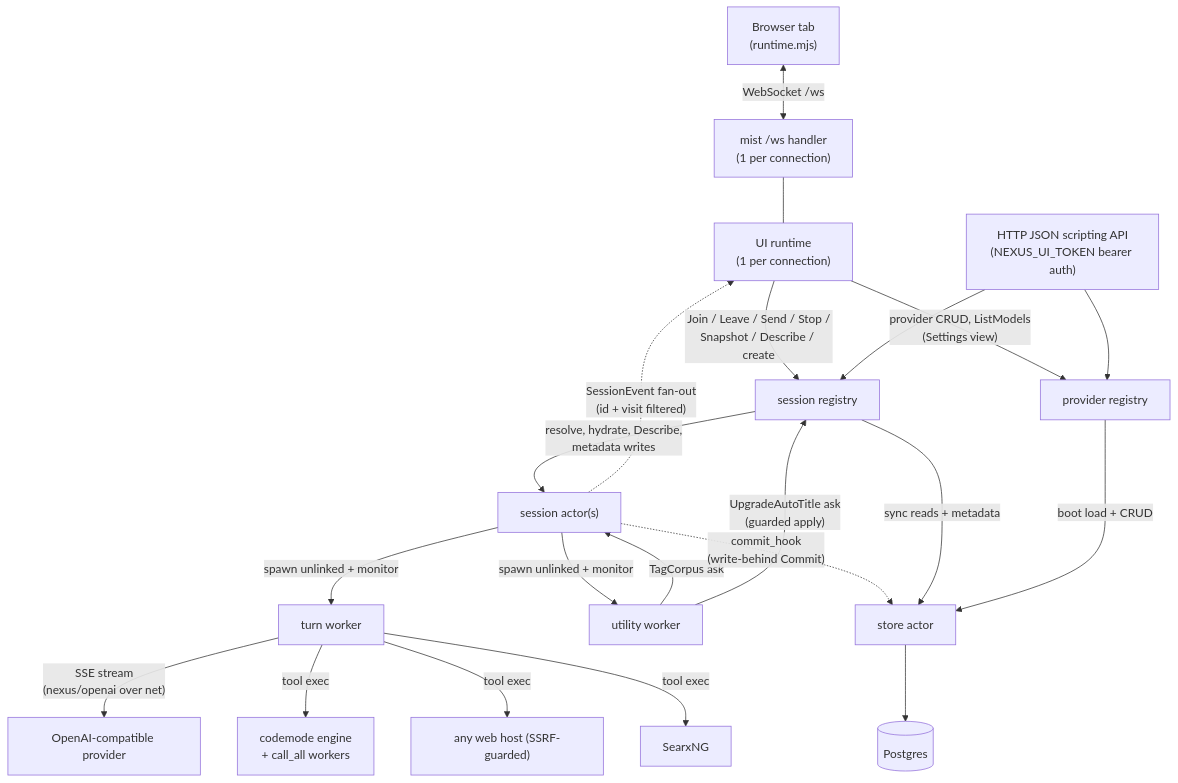
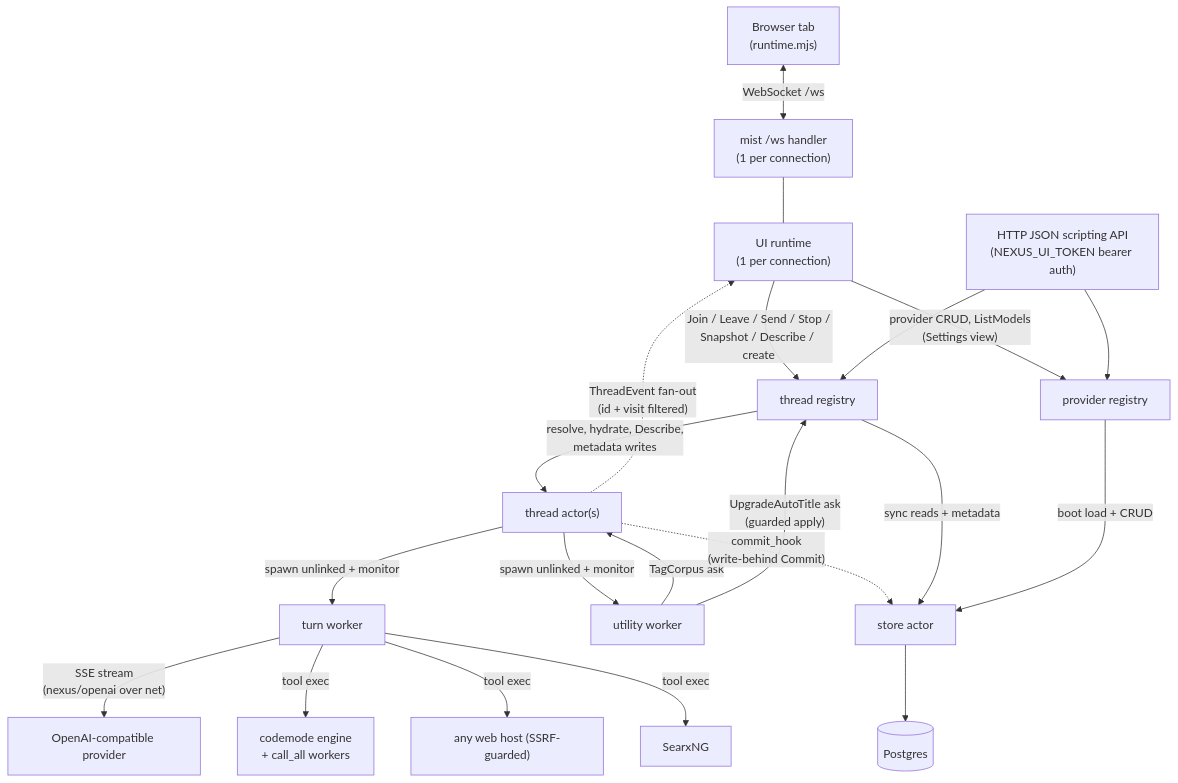
Before and after one commit to jhillyerd/nexus: the third of 4 diagrams in ARCHITECTURE.md, drawn with Mermaid. The commit also changed other lines of this file and 71 other files, not shown here.

First line of the commit message:
refactor: rename session → thread everywhere (#70)

````diff
--- a/ARCHITECTURE.md
+++ b/ARCHITECTURE.md
@@ -141,39 +142,39 @@
 ```mermaid
 flowchart TB
     js["Browser tab<br/>(runtime.mjs)"]
     ws["mist /ws handler<br/>(1 per connection)"]
     rt["UI runtime<br/>(1 per connection)"]
-    reg["session registry"]
+    reg["thread registry"]
     prov["provider registry"]
     api["HTTP JSON scripting API<br/>(NEXUS_UI_TOKEN bearer auth)"]
-    sa["session actor(s)"]
+    sa["thread actor(s)"]
     tw["turn worker"]
     uw["utility worker"]
     eng["codemode engine<br/>+ call_all workers"]
     store["store actor"]
     pg[("Postgres")]
     llm["OpenAI-compatible provider"]
     searx["SearxNG"]
     web["any web host (SSRF-guarded)"]
 
     js <-- "WebSocket /ws" --> ws
     ws --- rt
     rt -->|"Join / Leave / Send / Stop /<br/>Snapshot / Describe / create"| reg
     rt -->|"provider CRUD, ListModels<br/>(Settings view)"| prov
     reg -->|"resolve, hydrate, Describe,<br/>metadata writes"| sa
-    sa -.->|"SessionEvent fan-out<br/>(id + visit filtered)"| rt
+    sa -.->|"ThreadEvent fan-out<br/>(id + visit filtered)"| rt
     sa -->|"spawn unlinked + monitor"| tw
     sa -->|"spawn unlinked + monitor"| uw
     uw -->|"TagCorpus ask"| sa
     uw -->|"UpgradeAutoTitle ask<br/>(guarded apply)"| reg
     tw -->|"SSE stream<br/>(nexus/openai over net)"| llm
     tw -->|"tool exec"| eng
     tw -->|"tool exec"| web
     tw -->|"tool exec"| searx
     sa -.->|"commit_hook<br/>(write-behind Commit)"| store
     reg -->|"sync reads + metadata"| store
     prov -->|"boot load + CRUD"| store
     api --> reg
     api --> prov
     store --> pg
 ```
````
